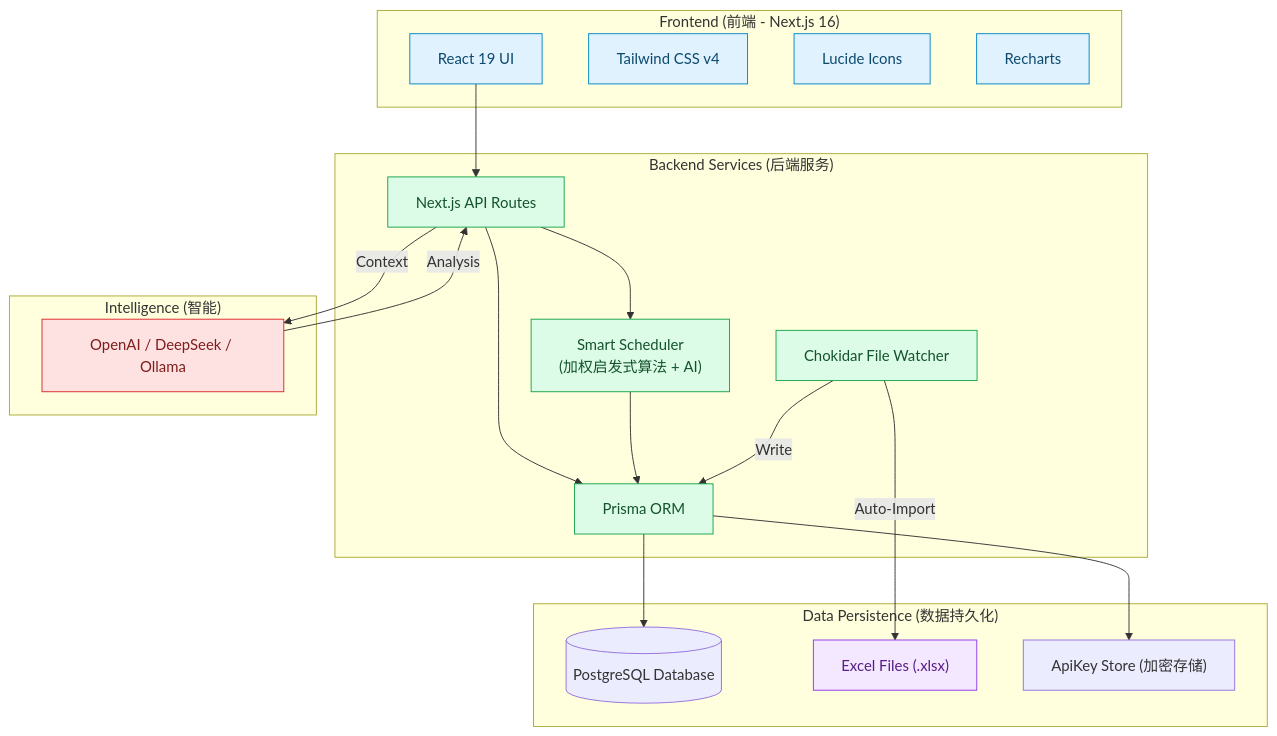
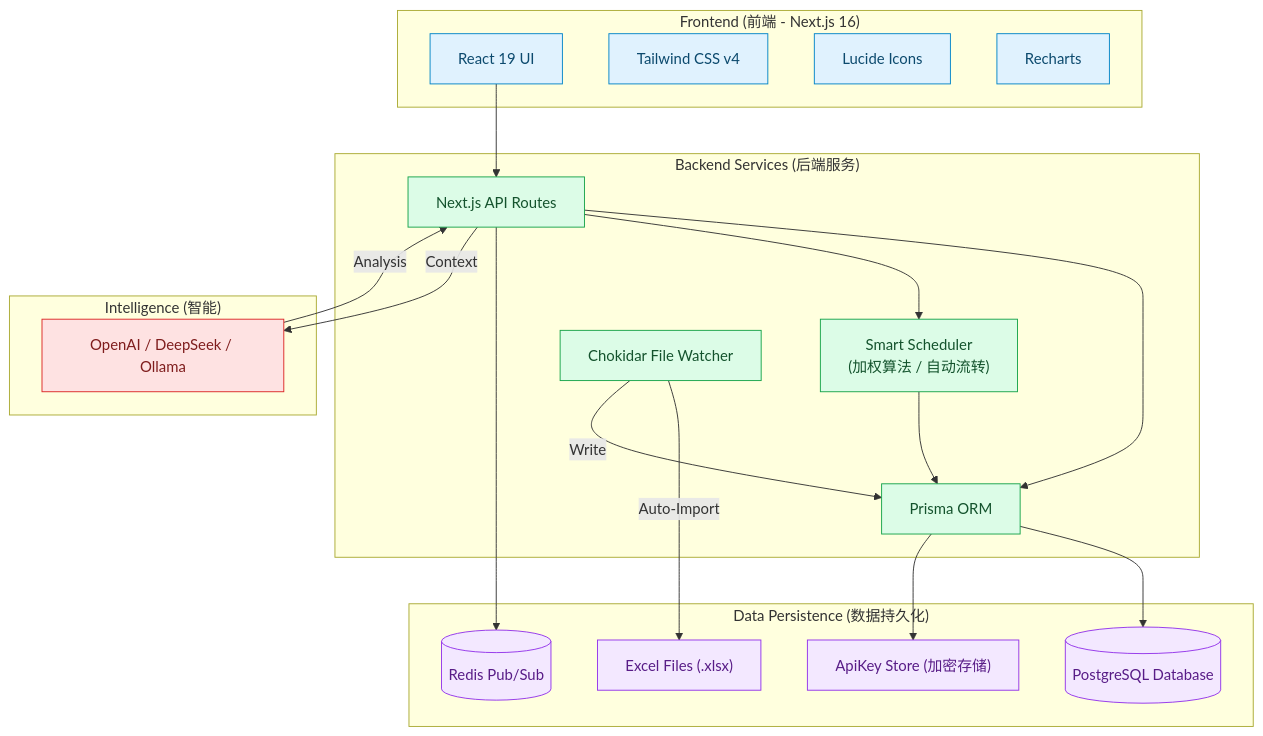
Before and after one commit to Tropical8818/iProTraX: the second of 2 diagrams in README_ZH.md, drawn with Mermaid. The commit also changed other lines of this file and 1 other file, not shown here.

Commit message:
docs: update mermaid diagrams for Auto-Flow and Redis

````diff
--- a/README_ZH.md
+++ b/README_ZH.md
@@ -157,49 +157,51 @@
 ```mermaid
 flowchart TB
     subgraph Client ["Frontend (前端 - Next.js 16)"]
         UI[React 19 UI]
         TW[Tailwind CSS v4]
         Icon[Lucide Icons]
         Chart[Recharts]
     end
 
     subgraph Server ["Backend Services (后端服务)"]
         API[Next.js API Routes]
         Scheduler["Smart Scheduler
-        (加权启发式算法 + AI)"]
+        (加权算法 / 自动流转)"]
         Watcher[Chokidar File Watcher]
         Prisma[Prisma ORM]
     end
 
     subgraph Data ["Data Persistence (数据持久化)"]
         Postgres[(PostgreSQL Database)]
+        Redis[(Redis Pub/Sub)]
         Excel["Excel Files (.xlsx)"]
         ApiKeyStore["ApiKey Store (加密存储)"]
     end
     subgraph AI ["Intelligence (智能)"]
         OpenAI["OpenAI / DeepSeek / Ollama"]
     end
 
     %% Connections
     UI --> API
     API --> Prisma
     API --> Scheduler
     Scheduler --> Prisma
     Prisma --> Postgres
+    API --> Redis
     Prisma --> ApiKeyStore
     Watcher -->|Auto-Import| Excel
     Watcher -->|Write| Prisma
     API -->|Context| OpenAI
     OpenAI -->|Analysis| API
 
     %% Styling
     classDef fe fill:#e0f2fe,stroke:#0284c7,color:#0c4a6e;
     classDef be fill:#dcfce7,stroke:#16a34a,color:#14532d;
     classDef db fill:#f3e8ff,stroke:#9333ea,color:#581c87;
     classDef ai fill:#fee2e2,stroke:#dc2626,color:#7f1d1d;
 
     class UI,TW,Icon,Chart fe;
     class API,Watcher,Prisma,Scheduler be;
-    class SQLite,Excel db;
+    class SQLite,Excel,Postgres,Redis,ApiKeyStore db;
     class OpenAI ai;
 ```
````
